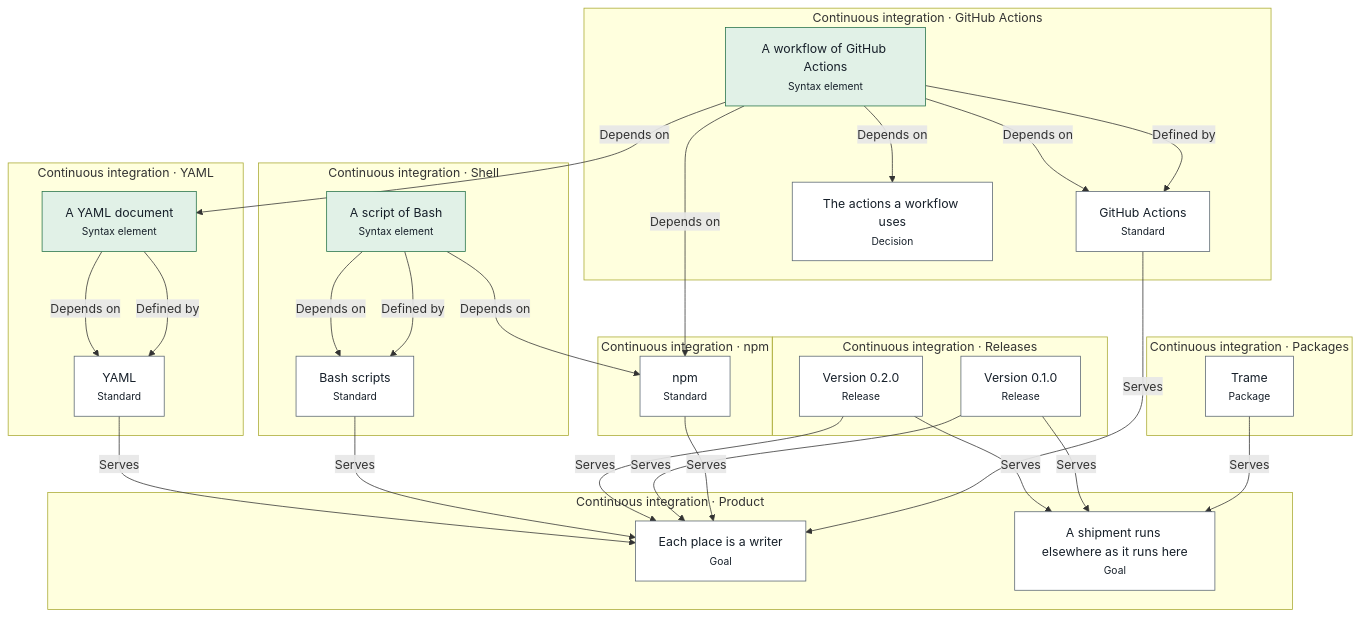
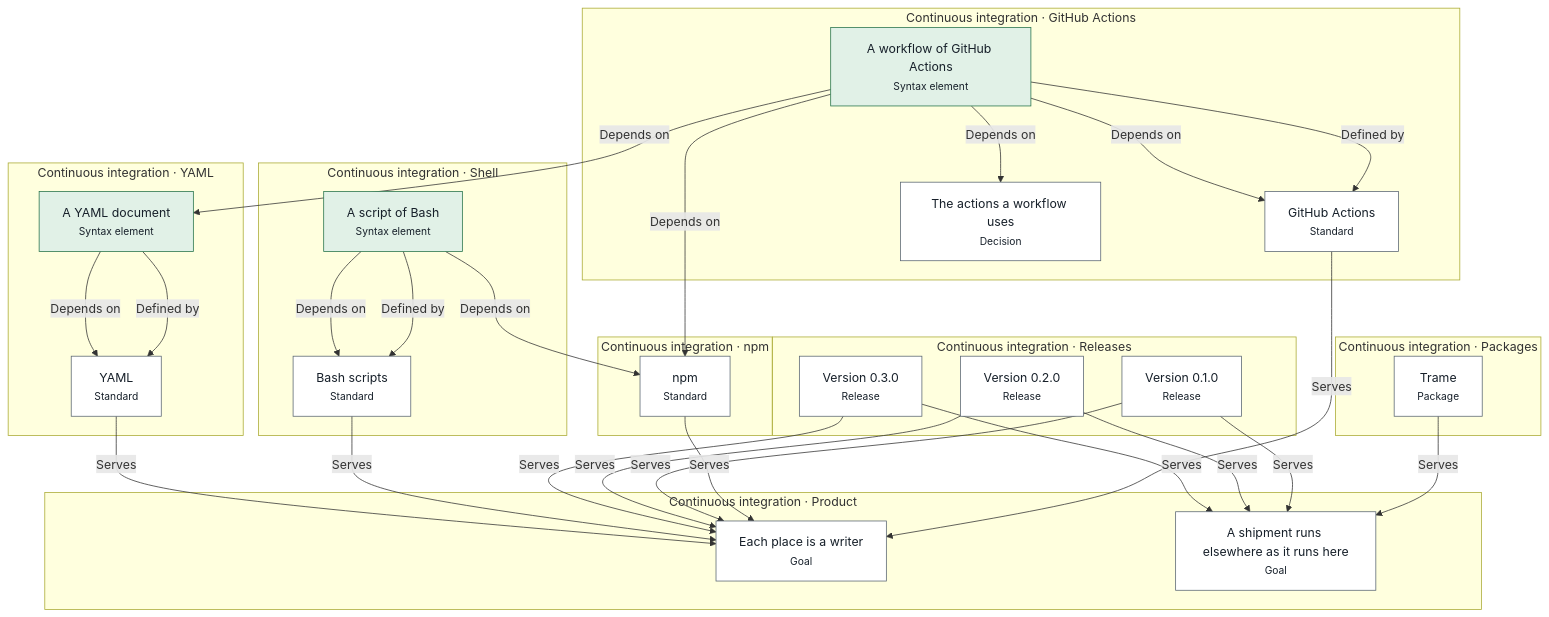
The diagram in ci/docs/layers.md (advancedcognitivesystems-ai/trame), drawn with Mermaid before and after one commit. The commit also changed other lines of this file and 102 other files, not shown here.

````diff
--- a/ci/docs/layers.md
+++ b/ci/docs/layers.md
@@ -5,54 +5,57 @@
 ```mermaid
 flowchart TB
   subgraph github["Continuous integration · GitHub Actions"]
     n0["GitHub Actions<br/><small>Standard</small>"]:::neutral
     n1["A workflow of GitHub Actions<br/><small>Syntax element</small>"]:::held
     n2["The actions a workflow uses<br/><small>Decision</small>"]:::neutral
   end
   subgraph npm["Continuous integration · npm"]
     n3["npm<br/><small>Standard</small>"]:::neutral
   end
   subgraph packages["Continuous integration · Packages"]
     n4["Trame<br/><small>Package</small>"]:::neutral
   end
   subgraph product["Continuous integration · Product"]
     n5["Each place is a writer<br/><small>Goal</small>"]:::neutral
     n6["A shipment runs elsewhere as it runs here<br/><small>Goal</small>"]:::neutral
   end
   subgraph releases["Continuous integration · Releases"]
     n7["Version 0.1.0<br/><small>Release</small>"]:::neutral
     n8["Version 0.2.0<br/><small>Release</small>"]:::neutral
+    n9["Version 0.3.0<br/><small>Release</small>"]:::neutral
   end
   subgraph shell["Continuous integration · Shell"]
-    n9["Bash scripts<br/><small>Standard</small>"]:::neutral
-    n10["A script of Bash<br/><small>Syntax element</small>"]:::held
+    n10["Bash scripts<br/><small>Standard</small>"]:::neutral
+    n11["A script of Bash<br/><small>Syntax element</small>"]:::held
   end
   subgraph yaml["Continuous integration · YAML"]
-    n11["YAML<br/><small>Standard</small>"]:::neutral
-    n12["A YAML document<br/><small>Syntax element</small>"]:::held
+    n12["YAML<br/><small>Standard</small>"]:::neutral
+    n13["A YAML document<br/><small>Syntax element</small>"]:::held
   end
   n0 -->|Serves| n5
   n1 -->|Defined by| n0
   n1 -->|Depends on| n0
-  n1 -->|Depends on| n12
+  n1 -->|Depends on| n13
   n1 -->|Depends on| n3
   n1 -->|Depends on| n2
   n3 -->|Serves| n5
   n4 -->|Serves| n6
   n7 -->|Serves| n5
   n7 -->|Serves| n6
   n8 -->|Serves| n5
   n8 -->|Serves| n6
   n9 -->|Serves| n5
-  n10 -->|Defined by| n9
-  n10 -->|Depends on| n9
-  n10 -->|Depends on| n3
-  n11 -->|Serves| n5
-  n12 -->|Defined by| n11
-  n12 -->|Depends on| n11
+  n9 -->|Serves| n6
+  n10 -->|Serves| n5
+  n11 -->|Defined by| n10
+  n11 -->|Depends on| n10
+  n11 -->|Depends on| n3
+  n12 -->|Serves| n5
+  n13 -->|Defined by| n12
+  n13 -->|Depends on| n12
   classDef held fill:#e1f1e7,stroke:#26734a,color:#17202a
   classDef blocked fill:#fbf0d9,stroke:#9a6200,color:#17202a
   classDef violated fill:#f9e3e1,stroke:#ad2a22,color:#17202a
   classDef unknown fill:#e9edf0,stroke:#65707c,color:#17202a
   classDef neutral fill:#ffffff,stroke:#5a6672,color:#17202a
 ```
````
